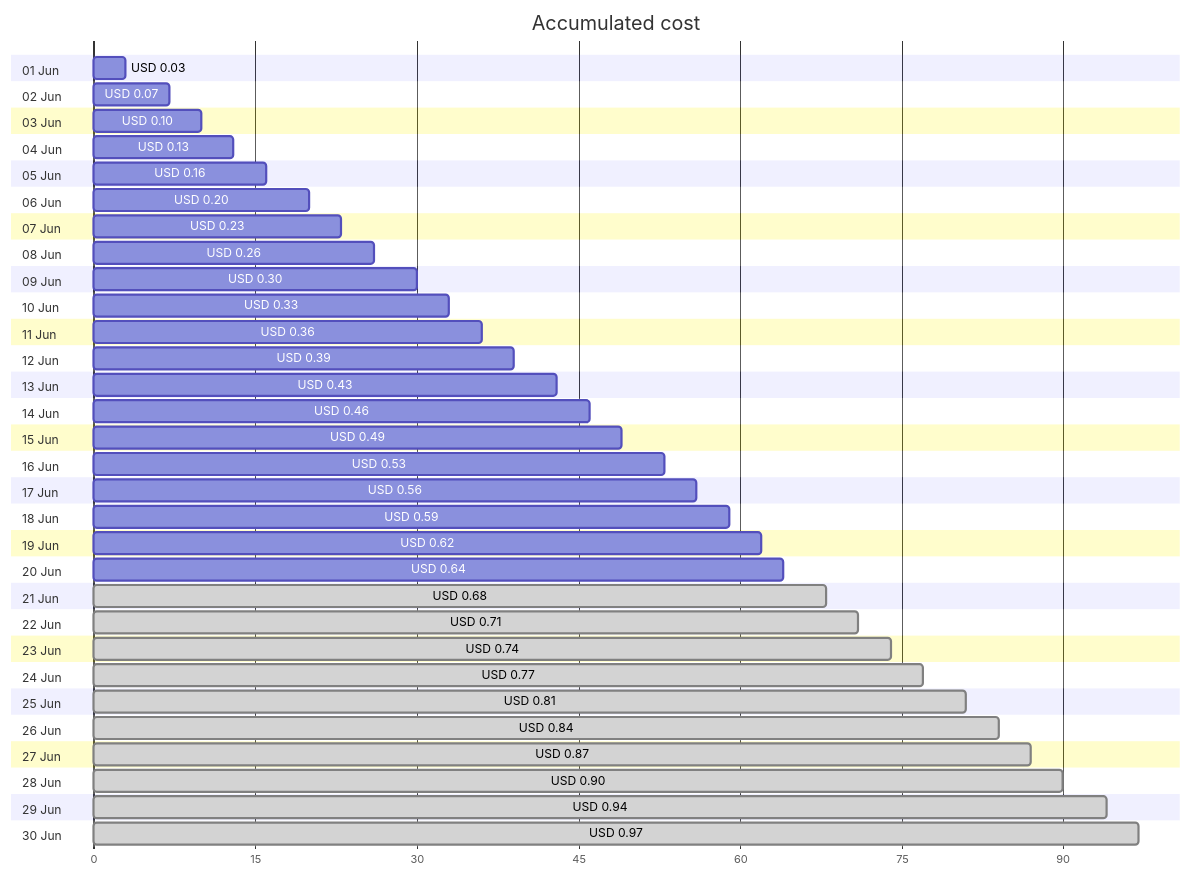
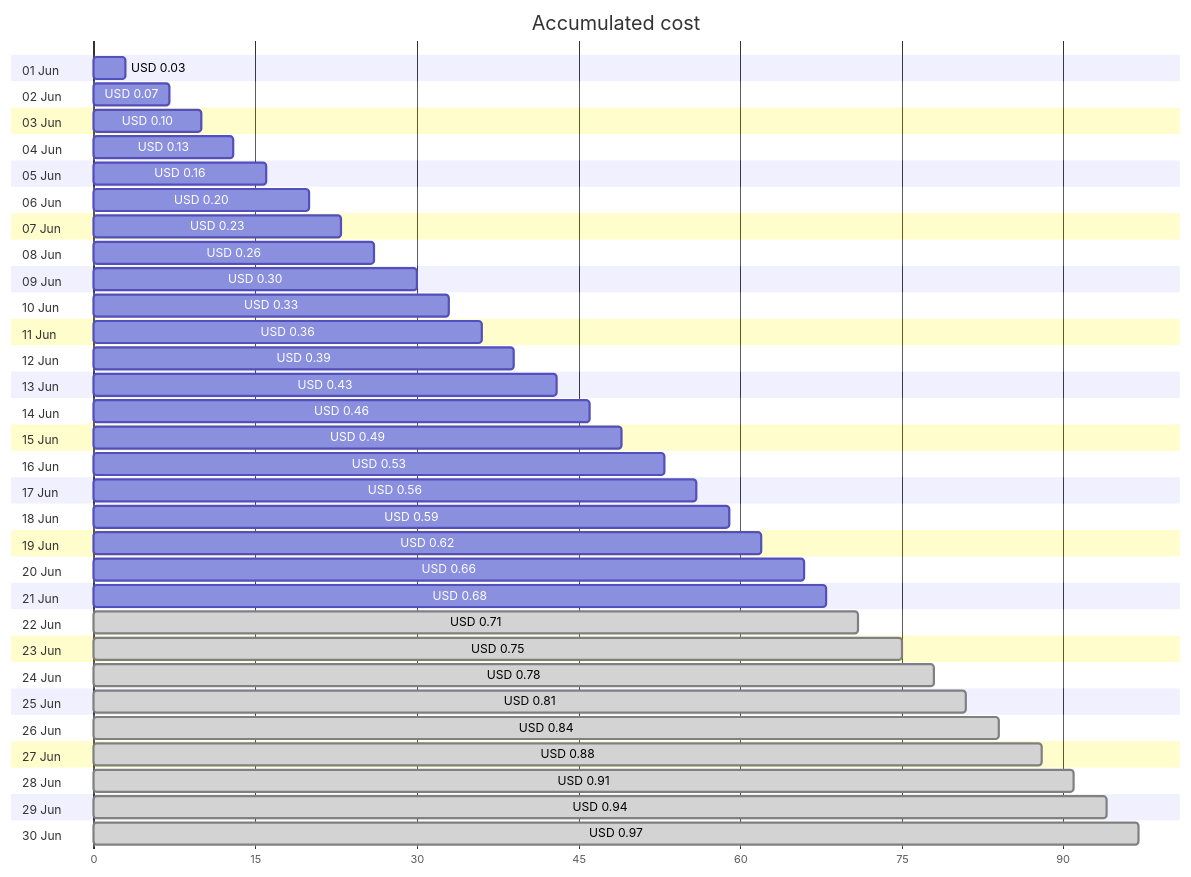
Before and after one commit to jpfulton/azure-personal-reports: the first of 4 diagrams in cost-reports/personal-dns/README.md, drawn with Mermaid. The commit also changed other lines of this file and 2 other files, not shown here.

````diff
--- a/cost-reports/personal-dns/README.md
+++ b/cost-reports/personal-dns/README.md
@@ -20,66 +20,66 @@
 ```mermaid
 gantt
    title Accumulated cost
    dateFormat  X
    axisFormat %s
    section 01 Jun
    USD 0.03 :0, 3
    section 02 Jun
    USD 0.07 :0, 7
    section 03 Jun
    USD 0.10 :0, 10
    section 04 Jun
    USD 0.13 :0, 13
    section 05 Jun
    USD 0.16 :0, 16
    section 06 Jun
    USD 0.20 :0, 20
    section 07 Jun
    USD 0.23 :0, 23
    section 08 Jun
    USD 0.26 :0, 26
    section 09 Jun
    USD 0.30 :0, 30
    section 10 Jun
    USD 0.33 :0, 33
    section 11 Jun
    USD 0.36 :0, 36
    section 12 Jun
    USD 0.39 :0, 39
    section 13 Jun
    USD 0.43 :0, 43
    section 14 Jun
    USD 0.46 :0, 46
    section 15 Jun
    USD 0.49 :0, 49
    section 16 Jun
    USD 0.53 :0, 53
    section 17 Jun
    USD 0.56 :0, 56
    section 18 Jun
    USD 0.59 :0, 59
    section 19 Jun
    USD 0.62 :0, 62
    section 20 Jun
-   USD 0.64 :0, 64
+   USD 0.66 :0, 66
    section 21 Jun
-   USD 0.68 : done, 0, 68
+   USD 0.68 :0, 68
    section 22 Jun
    USD 0.71 : done, 0, 71
    section 23 Jun
-   USD 0.74 : done, 0, 74
+   USD 0.75 : done, 0, 75
    section 24 Jun
-   USD 0.77 : done, 0, 77
+   USD 0.78 : done, 0, 78
    section 25 Jun
    USD 0.81 : done, 0, 81
    section 26 Jun
    USD 0.84 : done, 0, 84
    section 27 Jun
-   USD 0.87 : done, 0, 87
+   USD 0.88 : done, 0, 88
    section 28 Jun
-   USD 0.90 : done, 0, 90
+   USD 0.91 : done, 0, 91
    section 29 Jun
    USD 0.94 : done, 0, 94
    section 30 Jun
    USD 0.97 : done, 0, 97
 ```
````
